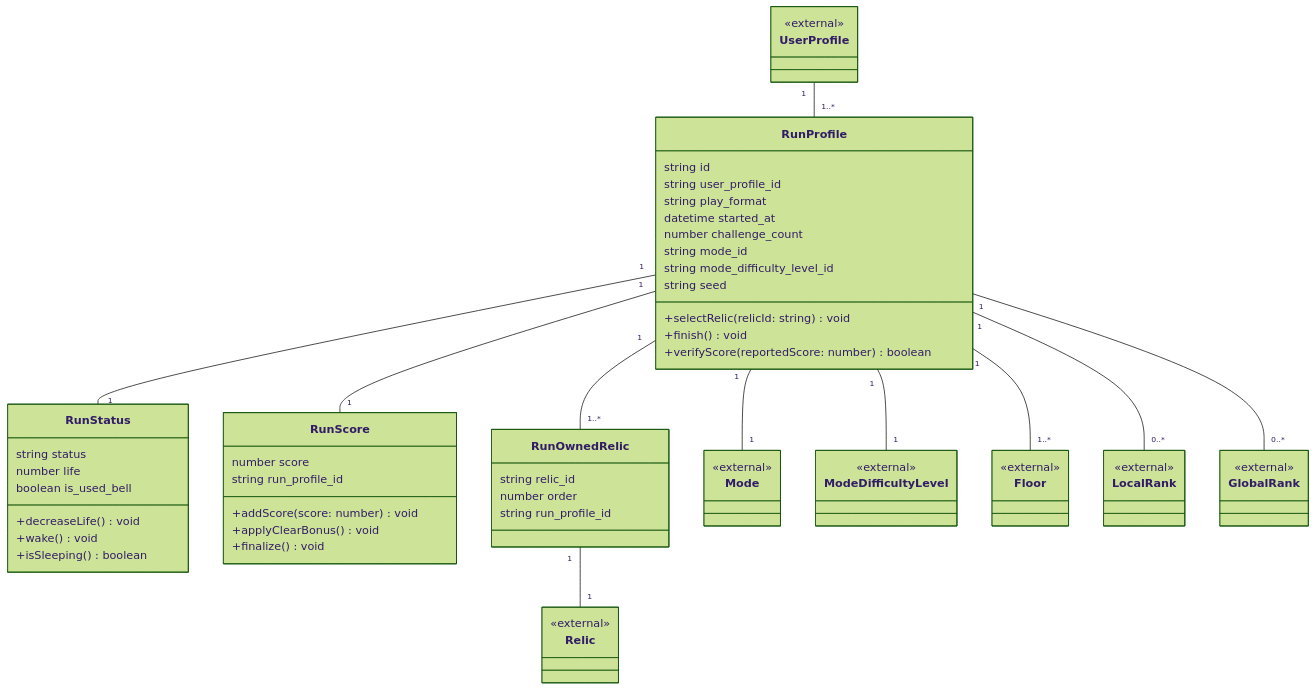
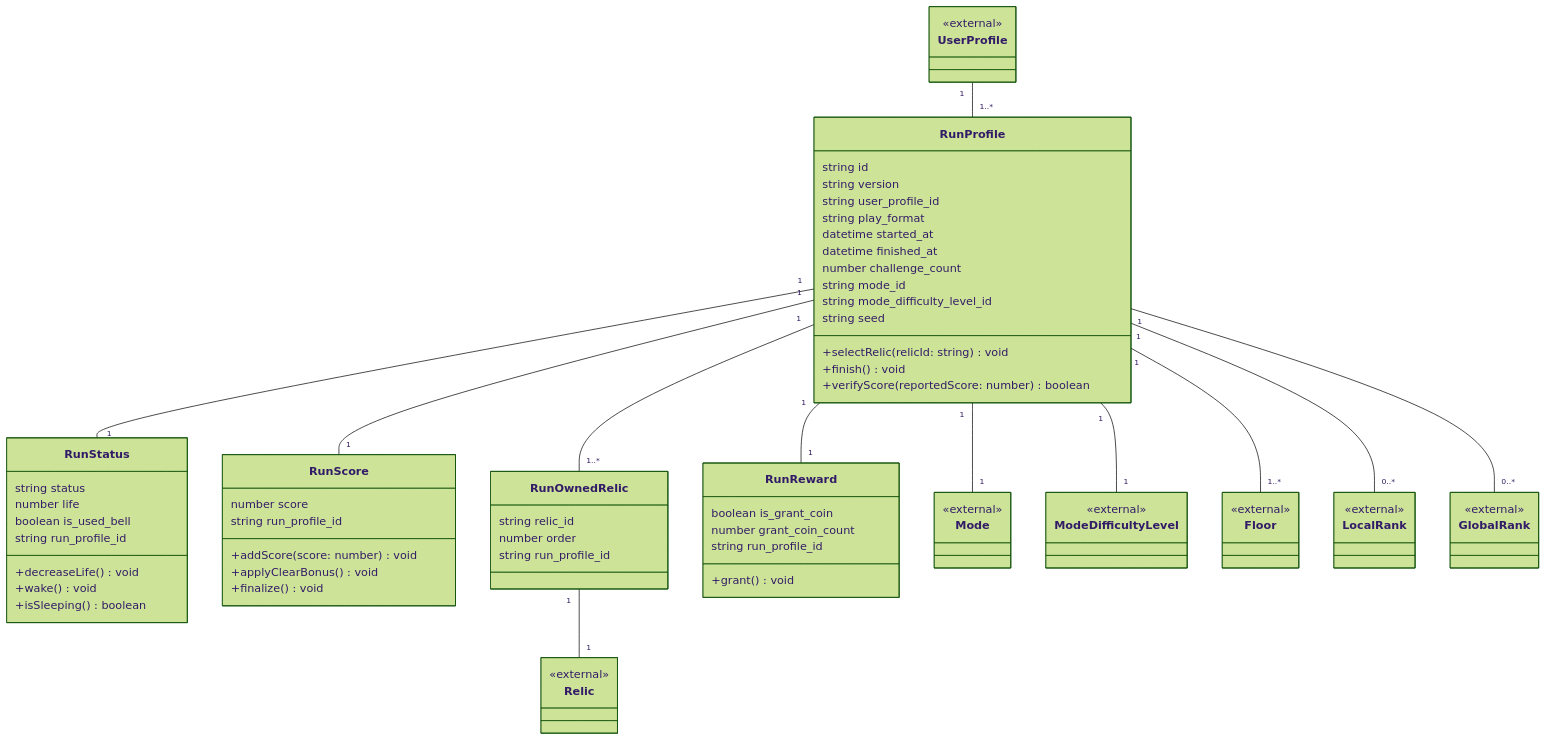
Before and after one commit to CrossStarAdmin/CalculationLabyrinth: the diagram in docs/domain-model/03-run.md, drawn with Mermaid (forest theme). The commit also changed 2 other files, not shown here.

Commit message:
📝docs: ランとフロアのデータ定義を埋め、ドメインモデルにRunRewardを追加する

```diff
--- a/docs/domain-model/03-run.md
+++ b/docs/domain-model/03-run.md
@@ -9,9 +9,11 @@
 
 class RunProfile {
     string id
+    string version
     string user_profile_id
     string play_format
     datetime started_at
+    datetime finished_at
     number challenge_count
     string mode_id
     string mode_difficulty_level_id
@@ -25,6 +27,7 @@
     string status
     number life
     boolean is_used_bell
+    string run_profile_id
     +decreaseLife() void
     +wake() void
     +isSleeping() boolean
@@ -42,6 +45,13 @@
     string relic_id
     number order
     string run_profile_id
+}
+
+class RunReward {
+    boolean is_grant_coin
+    number grant_coin_count
+    string run_profile_id
+    +grant() void
 }
 
 %% 外部（01-user.md）
@@ -81,6 +91,7 @@
 RunProfile "1" -- "1" RunStatus
 RunProfile "1" -- "1" RunScore
 RunProfile "1" -- "1..*" RunOwnedRelic
+RunProfile "1" -- "1" RunReward
 RunProfile "1" -- "1..*" Floor
 RunProfile "1" -- "0..*" LocalRank
 RunProfile "1" -- "0..*" GlobalRank
```
